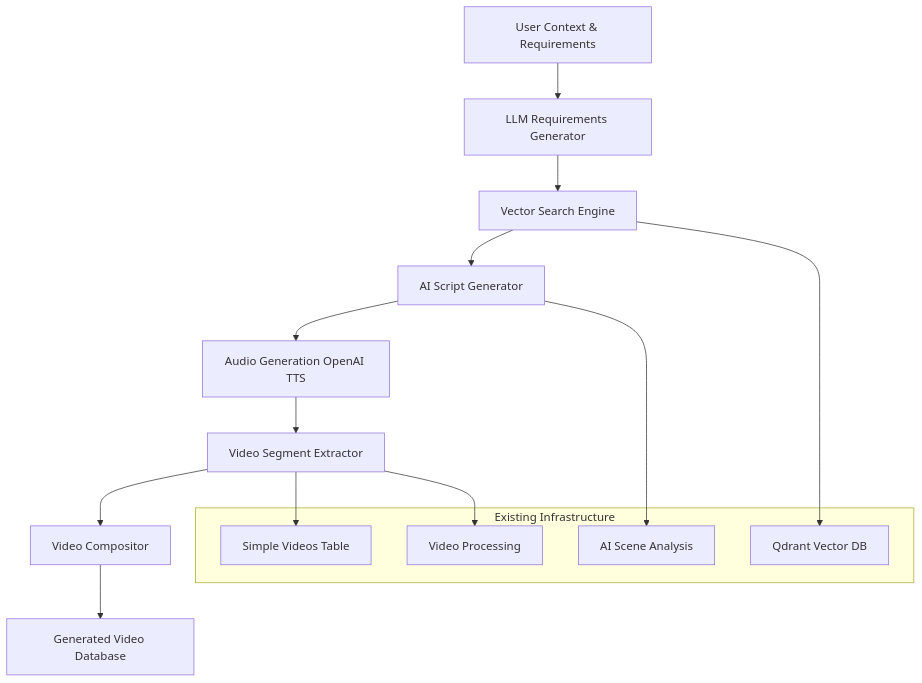
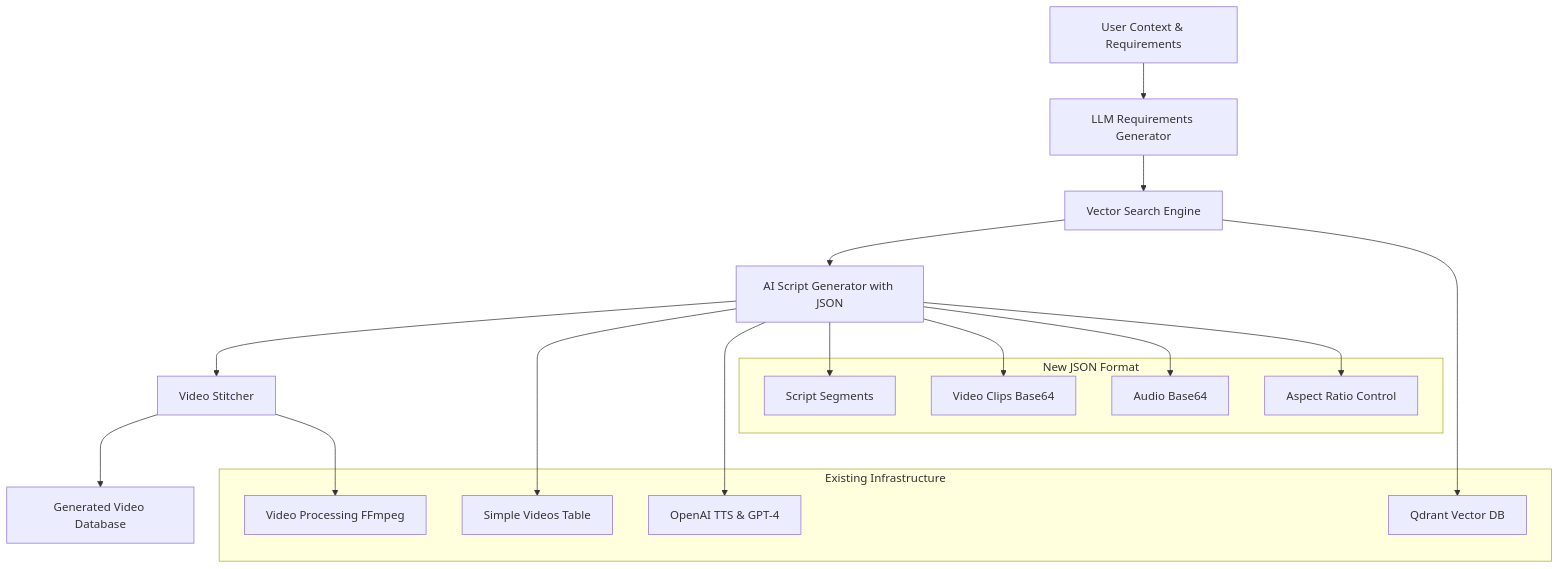
One commit to Lenniott/gilgamesh_service_local changed the diagram in AI_VIDEO_COMPILATION_PIPELINE.md. Above: the diagram before and after it, drawn with Mermaid. The commit also changed other lines of this file and 79 other files, not shown here.

````diff
--- a/AI_VIDEO_COMPILATION_PIPELINE.md
+++ b/AI_VIDEO_COMPILATION_PIPELINE.md
@@ -14,22 +168,32 @@
 ```mermaid
 graph TB
     A[User Context & Requirements] --> B[LLM Requirements Generator]
     B --> C[Vector Search Engine]
-    C --> D[AI Script Generator]
-    D --> E[Audio Generation OpenAI TTS]
-    E --> F[Video Segment Extractor]
-    F --> G[Video Compositor]
-    G --> H[Generated Video Database]
+    C --> D[AI Script Generator with JSON]
+    D --> E[Video Stitcher]
+    E --> F[Generated Video Database]
     
     subgraph "Existing Infrastructure"
-        I[Simple Videos Table]
-        J[Qdrant Vector DB]
-        K[Video Processing]
-        L[AI Scene Analysis]
+        G[Simple Videos Table]
+        H[Qdrant Vector DB]
+        I[Video Processing FFmpeg]
+        J[OpenAI TTS & GPT-4]
     end
     
-    C --> J
-    F --> I
-    F --> K
+    C --> H
+    D --> G
+    D --> J
+    E --> I
+    
+    subgraph "New JSON Format"
+        K[Script Segments]
+        L[Video Clips Base64]
+        M[Audio Base64]
+        N[Aspect Ratio Control]
+    end
+    
+    D --> K
     D --> L
+    D --> M
+    D --> N
 ```
````
